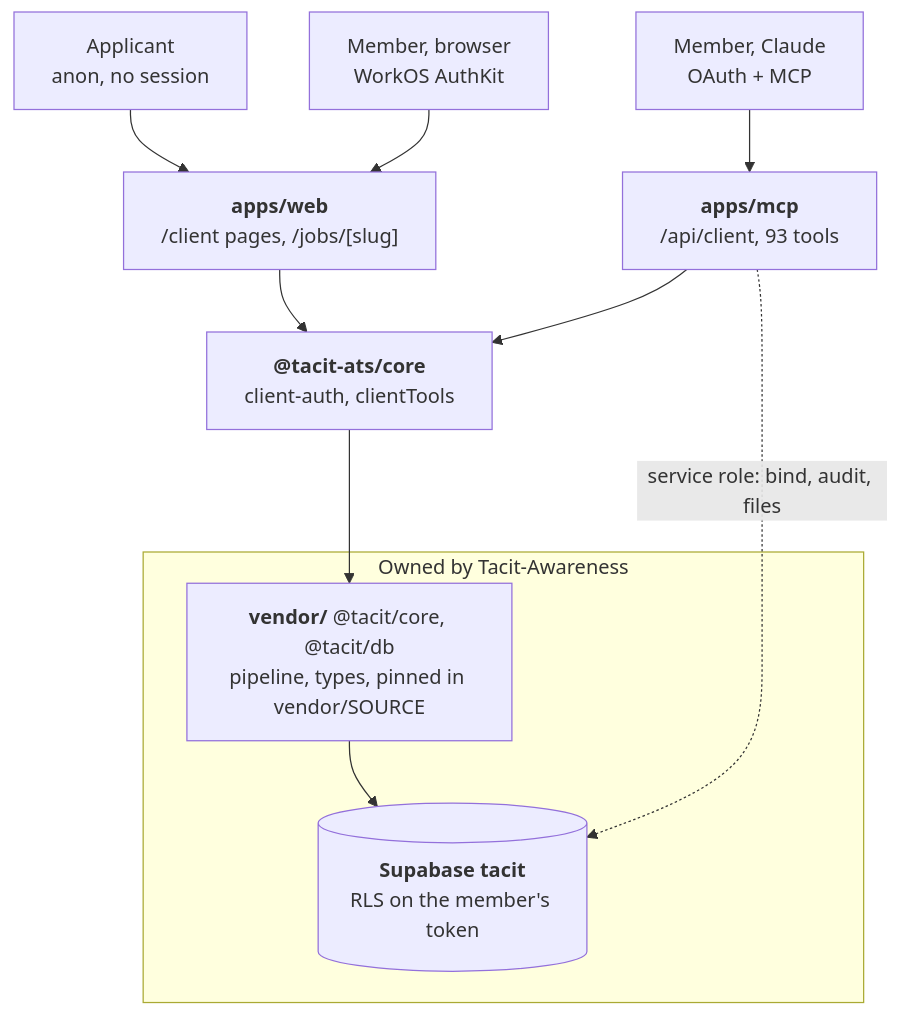
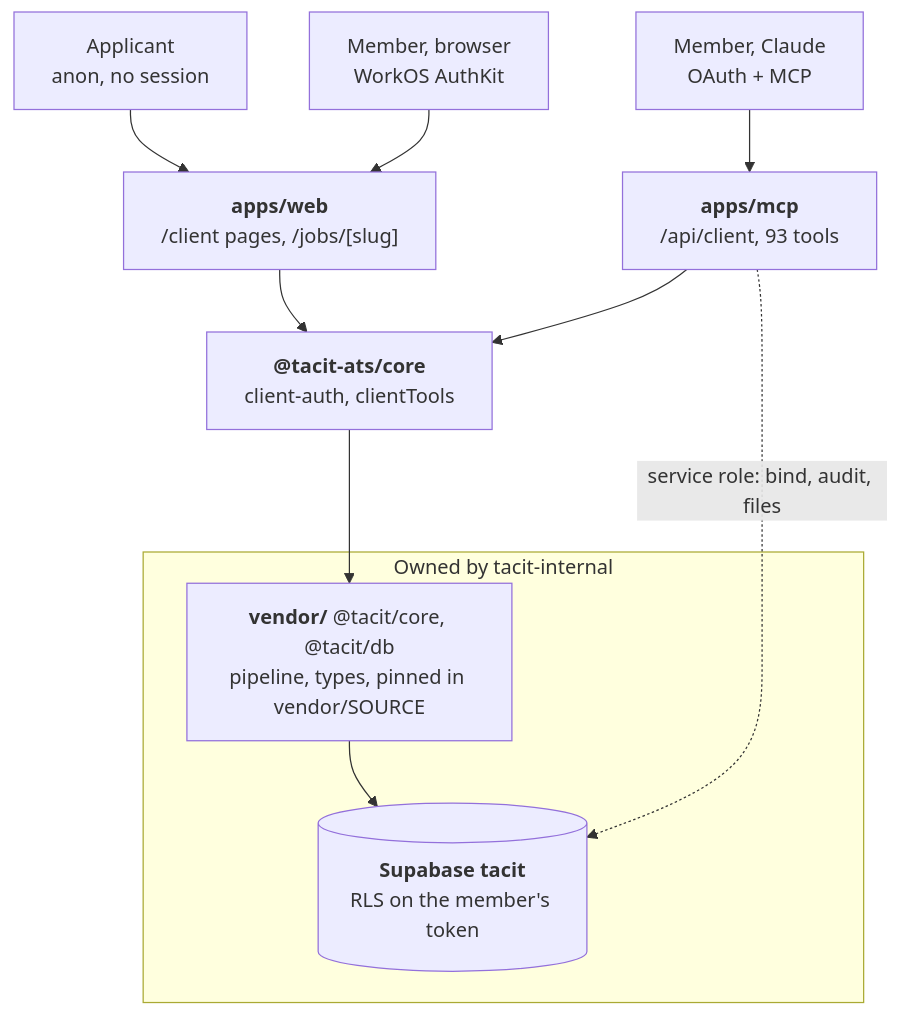
One commit to Tacit-Awareness/tacit-ats changed the first of 3 diagrams in ARCHITECTURE.md. Above: the diagram before and after it, drawn with Mermaid. The commit also changed other lines of this file and 24 other files, not shown here.

First line of the commit message:
Point at tacit-internal, the renamed Tacit-Awareness repo

````diff
--- a/ARCHITECTURE.md
+++ b/ARCHITECTURE.md
@@ -26,24 +26,24 @@
 ```mermaid
 flowchart TD
     applicant["Applicant<br/>anon, no session"]
     browser["Member, browser<br/>WorkOS AuthKit"]
     claude["Member, Claude<br/>OAuth + MCP"]
 
     web["<b>apps/web</b><br/>/client pages, /jobs/[slug]"]
     mcp["<b>apps/mcp</b><br/>/api/client, 93 tools"]
     core["<b>@tacit-ats/core</b><br/>client-auth, clientTools"]
 
-    subgraph ta["Owned by Tacit-Awareness"]
+    subgraph ta["Owned by tacit-internal"]
         vendor["<b>vendor/</b> @tacit/core, @tacit/db<br/>pipeline, types, pinned in vendor/SOURCE"]
         db[("<b>Supabase tacit</b><br/>RLS on the member's token")]
     end
 
     applicant --> web
     browser --> web
     claude --> mcp
     web --> core
     mcp --> core
     core --> vendor
     vendor --> db
     mcp -. "service role: bind, audit, files" .-> db
 ```
````
